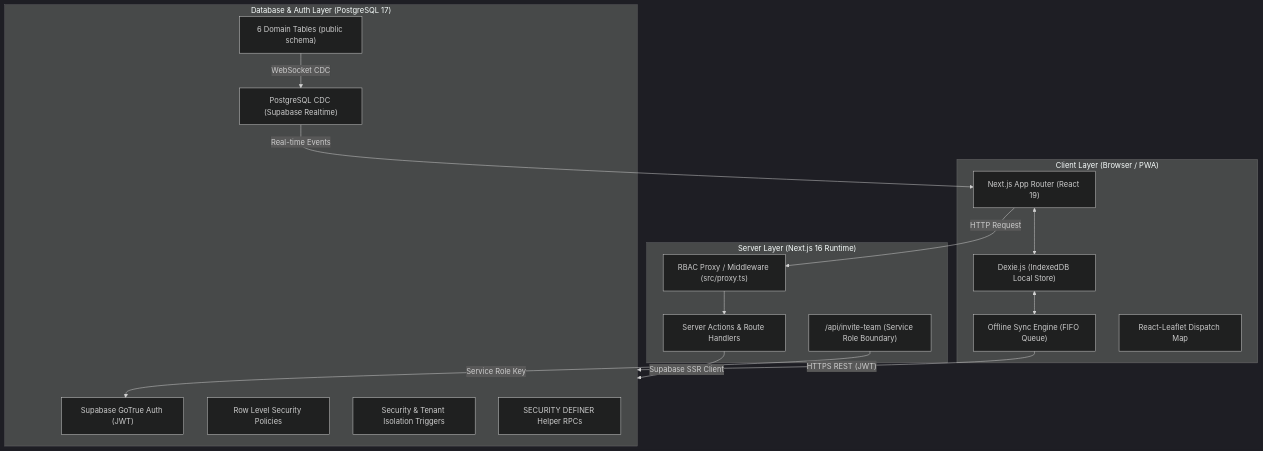
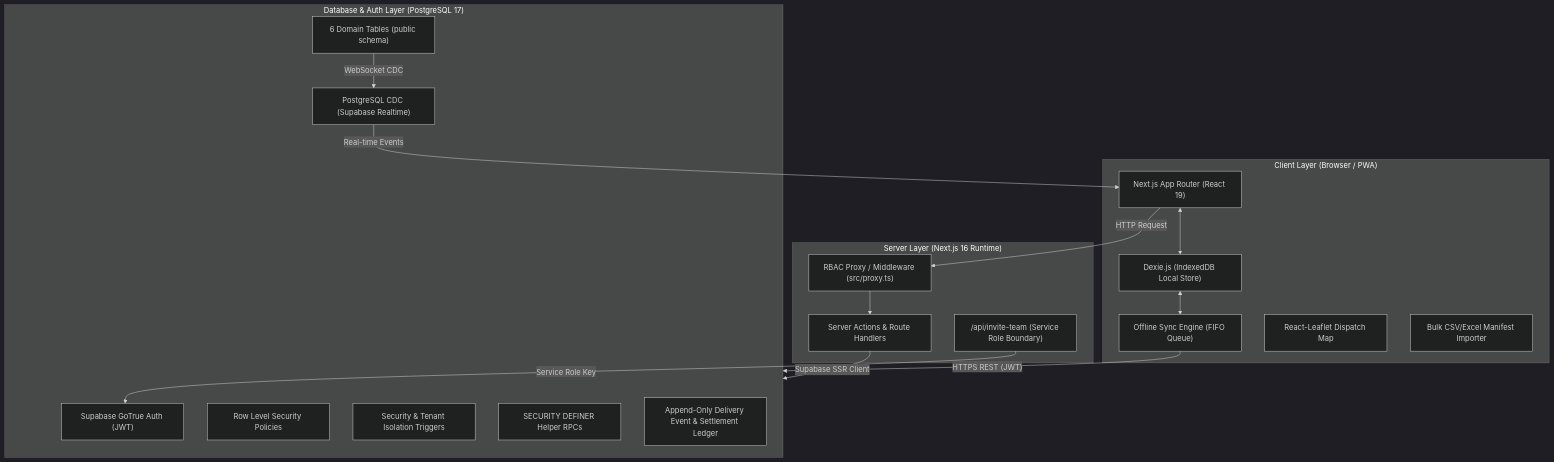
Before and after one commit to JohnApollos/baseops: the first of 5 diagrams in docs/ARCHITECTURE.md, drawn with Mermaid (dark theme). The commit also changed other lines of this file and 31 other files, not shown here.

First line of the commit message:
feat(ledger): implement offline settlement ledger, collision engine, and bulk manifest ingestion

````diff
--- a/docs/ARCHITECTURE.md
+++ b/docs/ARCHITECTURE.md
@@ -11,34 +11,36 @@
 ```mermaid
 graph TD
     subgraph ClientLayer ["Client Layer (Browser / PWA)"]
         Browser["Next.js App Router (React 19)"]
         DexieDB["Dexie.js (IndexedDB Local Store)"]
         SyncEngine["Offline Sync Engine (FIFO Queue)"]
         LeafletMap["React-Leaflet Dispatch Map"]
+        ManifestImporter["Bulk CSV/Excel Manifest Importer"]
     end
 
     subgraph ServerLayer ["Server Layer (Next.js 16 Runtime)"]
         Proxy["RBAC Proxy / Middleware (src/proxy.ts)"]
         ServerActions["Server Actions & Route Handlers"]
         AdminInviteAPI["/api/invite-team (Service Role Boundary)"]
     end
 
     subgraph SupabaseLayer ["Database & Auth Layer (PostgreSQL 17)"]
         SupabaseAuth["Supabase GoTrue Auth (JWT)"]
         RLS["Row Level Security Policies"]
         Triggers["Security & Tenant Isolation Triggers"]
         Functions["SECURITY DEFINER Helper RPCs"]
         Realtime["PostgreSQL CDC (Supabase Realtime)"]
         Catalog["6 Domain Tables (public schema)"]
+        SettlementLedger["Append-Only Delivery Event & Settlement Ledger"]
     end
 
     Browser <--> DexieDB
     DexieDB <--> SyncEngine
     SyncEngine -- "HTTPS REST (JWT)" --> SupabaseLayer
     Browser -- "HTTP Request" --> Proxy
     Proxy --> ServerActions
     ServerActions -- "Supabase SSR Client" --> SupabaseLayer
     AdminInviteAPI -- "Service Role Key" --> SupabaseAuth
     Catalog -- "WebSocket CDC" --> Realtime
     Realtime -- "Real-time Events" --> Browser
 ```
````
